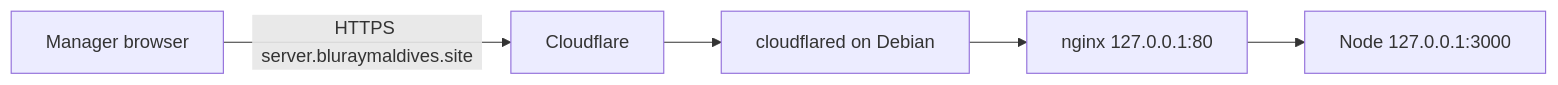
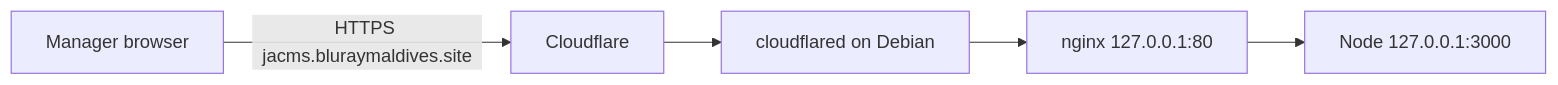
The sixth of 7 diagrams in README.md (adhuhaam/nexcrm), drawn with Mermaid before and after one commit. The commit also changed other lines of this file and 30 other files, not shown here.

First line of the commit message:
feat: one-shot install.sh, Docker Compose, jacms.bluraymaldives.site

````diff
--- a/README.md
+++ b/README.md
@@ -1718,7 +1796,7 @@
 ```mermaid
 flowchart LR
-  M[Manager browser] -->|HTTPS server.bluraymaldives.site| CF[Cloudflare]
+  M[Manager browser] -->|HTTPS jacms.bluraymaldives.site| CF[Cloudflare]
   CF --> C[cloudflared on Debian]
   C --> N[nginx 127.0.0.1:80]
   N --> A[Node 127.0.0.1:3000]
 ```
````
